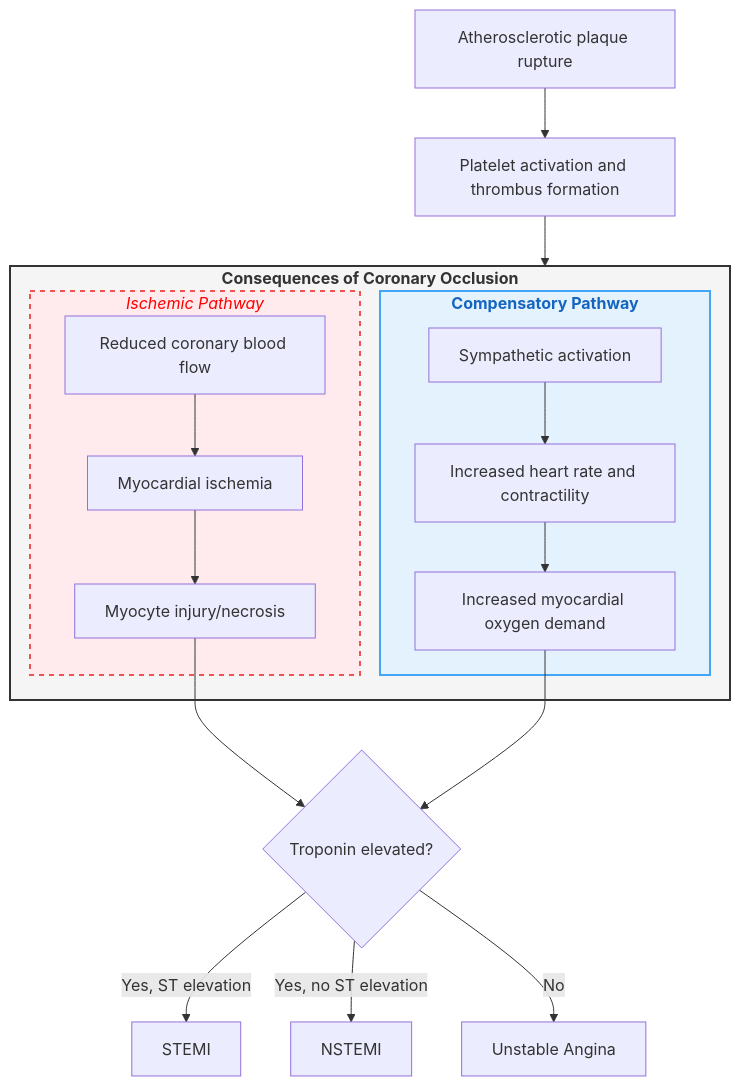
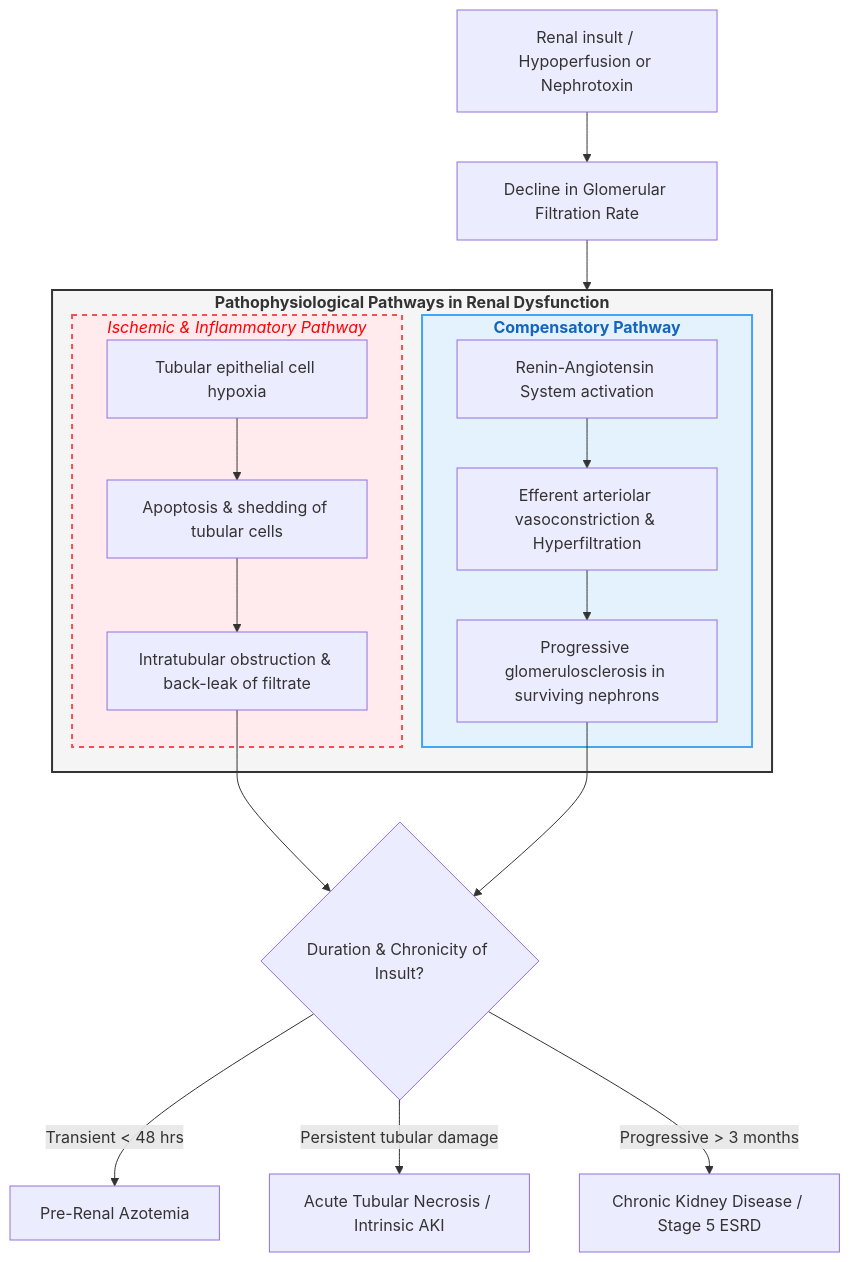
Before and after one commit to Shashankljain/Nothing: the diagram in Untitled 2.md, drawn with Mermaid. The commit also changed other lines of this file and 2 other files, not shown here.

````diff
--- a/Untitled 2.md
+++ b/Untitled 2.md
@@ -31,27 +47,27 @@
 ```mermaid
 flowchart TB
-    A[Atherosclerotic plaque rupture] --> B[Platelet activation and thrombus formation]
+    A[Renal insult / Hypoperfusion or Nephrotoxin] --> B[Decline in Glomerular Filtration Rate]
     B --> Outer
 
-    subgraph Outer [<b>Consequences of Coronary Occlusion</b>]
-        subgraph Ischemia [<i style='color:red;'>Ischemic Pathway</i>]
-            C[Reduced coronary blood flow] --> D[Myocardial ischemia]
-            D --> E[Myocyte injury/necrosis]
+    subgraph Outer [<b>Pathophysiological Pathways in Renal Dysfunction</b>]
+        subgraph Ischemia [<i style='color:red;'>Ischemic & Inflammatory Pathway</i>]
+            C[Tubular epithelial cell hypoxia] --> D[Apoptosis & shedding of tubular cells]
+            D --> E[Intratubular obstruction & back-leak of filtrate]
         end
 
         subgraph Compensate [<b style='color:#1565c0;'>Compensatory Pathway</b>]
-            F[Sympathetic activation] --> G[Increased heart rate and contractility]
-            G --> H[Increased myocardial oxygen demand]
+            F[Renin-Angiotensin System activation] --> G[Efferent arteriolar vasoconstriction & Hyperfiltration]
+            G --> H[Progressive glomerulosclerosis in surviving nephrons]
         end
     end
 
-    E --> I{Troponin elevated?}
+    E --> I{Duration & Chronicity of Insult?}
     H --> I
-    I -->|Yes, ST elevation| J[STEMI]
-    I -->|Yes, no ST elevation| K[NSTEMI]
-    I -->|No| L[Unstable Angina]
+    I -->|Transient < 48 hrs| J[Pre-Renal Azotemia]
+    I -->|Persistent tubular damage| K[Acute Tubular Necrosis / Intrinsic AKI]
+    I -->|Progressive > 3 months| L[Chronic Kidney Disease / Stage 5 ESRD]
 
     style Outer fill:#f5f5f5,stroke:#333,stroke-width:2px
     style Ischemia fill:#ffebee,stroke:#ef5350,stroke-width:2px,stroke-dasharray: 5 5
     style Compensate fill:#e3f2fd,stroke:#42a5f5,stroke-width:2px
 ```
````
